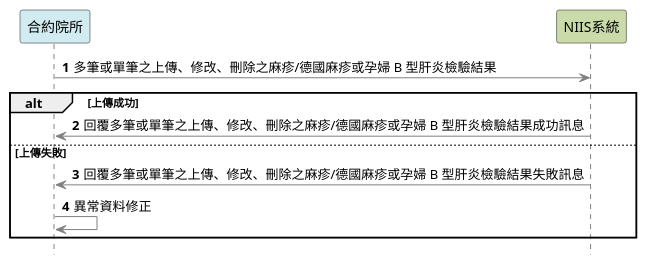
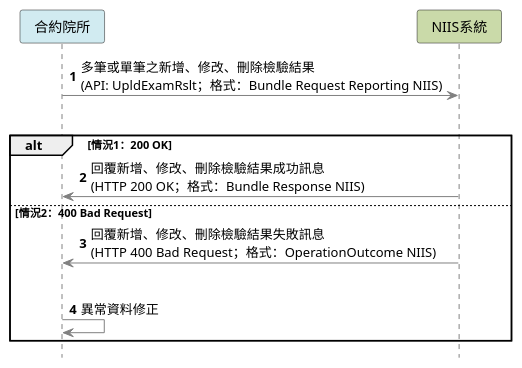
The diagram in input/images-source/index-niis.plantuml (hyweb-cdc/niis), drawn with PlantUML before and after one commit. The commit also changed 41 other files, not shown here.

```diff
--- a/input/images-source/index-niis.plantuml
+++ b/input/images-source/index-niis.plantuml
@@ -1,22 +1,24 @@
 @startuml
 autonumber
 
 skinparam sequence {
 ArrowColor gray
 ActorBorderColor gray
 LifeLineBorderColor black
 }
 skinparam shadowing false
 hide footbox
 
-participant 合約院所 #d1ebf1
-participant NIIS系統  #cadaa9
-合約院所 -> NIIS系統: 多筆或單筆之上傳、修改、刪除之麻疹/德國麻疹或孕婦 B 型肝炎檢驗結果
+participant "  合約院所  " as HOSP #d1ebf1
+participant "  NIIS系統  " as NIIS #cadaa9
 
-alt 上傳成功
-    NIIS系統 -> 合約院所: 回覆多筆或單筆之上傳、修改、刪除之麻疹/德國麻疹或孕婦 B 型肝炎檢驗結果成功訊息
-else 上傳失敗
-    NIIS系統 -> 合約院所:  回覆多筆或單筆之上傳、修改、刪除之麻疹/德國麻疹或孕婦 B 型肝炎檢驗結果失敗訊息
-    合約院所 -> 合約院所: 異常資料修正
+HOSP -> NIIS: 多筆或單筆之新增、修改、刪除檢驗結果\n(API: UpldExamRslt；格式：Bundle Request Reporting NIIS)
+|||
+alt 情況1：200 OK
+    NIIS -> HOSP: 回覆新增、修改、刪除檢驗結果成功訊息\n(HTTP 200 OK；格式：Bundle Response NIIS)
+else 情況2：400 Bad Request
+    NIIS -> HOSP: 回覆新增、修改、刪除檢驗結果失敗訊息\n(HTTP 400 Bad Request；格式：OperationOutcome NIIS)
+    |||
+    HOSP -> HOSP: 異常資料修正
 end
 @enduml
```
